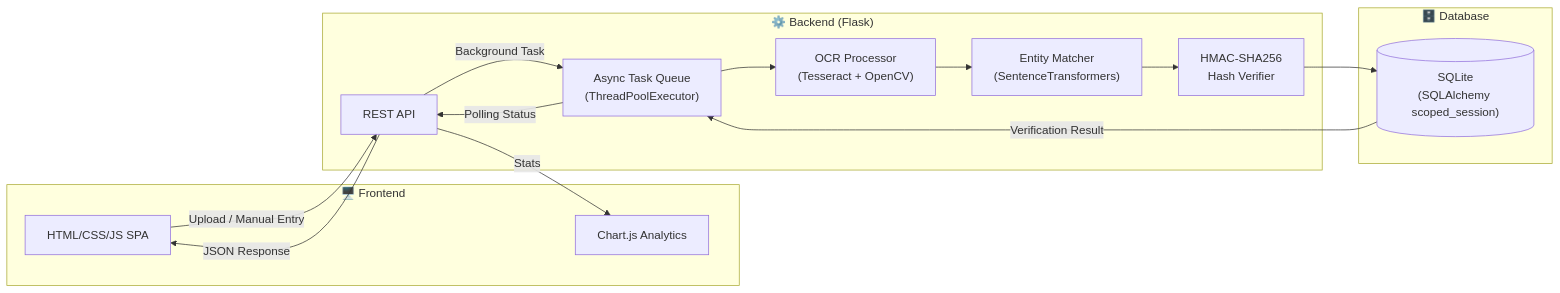
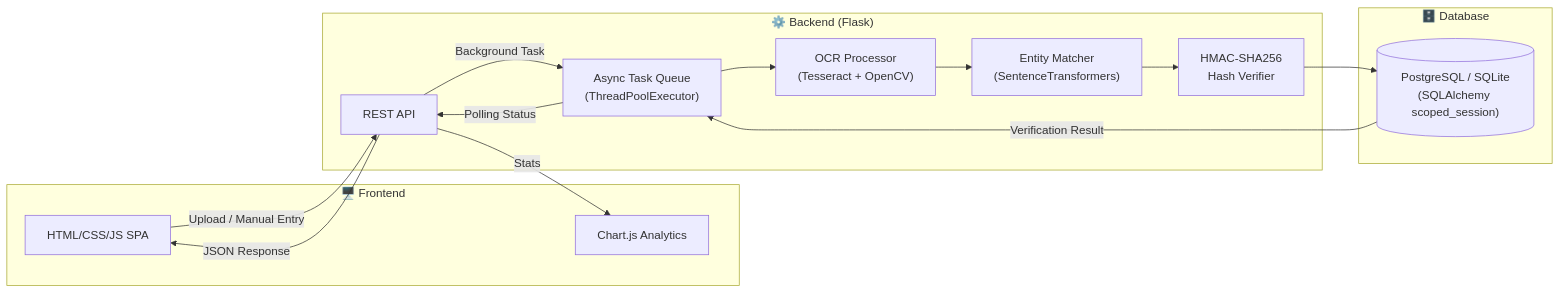
One commit to pranavhm25/sih-2025-Veri-Scholars changed the diagram in README.md. Above: the diagram before and after it, drawn with Mermaid. The commit also changed other lines of this file, not shown here.

Commit message:
Docs: Update README to highlight PostgreSQL production-readiness and the new dynamic CSV Bulk Upload API

````diff
--- a/README.md
+++ b/README.md
@@ -61,30 +61,30 @@
 ```mermaid
 flowchart LR
     subgraph Client["🖥️ Frontend"]
         UI["HTML/CSS/JS SPA"]
         Charts["Chart.js Analytics"]
     end
 
     subgraph Server["⚙️ Backend (Flask)"]
         API["REST API"]
         Queue["Async Task Queue\n(ThreadPoolExecutor)"]
         OCR["OCR Processor\n(Tesseract + OpenCV)"]
         NLP["Entity Matcher\n(SentenceTransformers)"]
         Hash["HMAC-SHA256\nHash Verifier"]
     end
 
     subgraph Data["🗄️ Database"]
-        DB[("SQLite\n(SQLAlchemy scoped_session)")]
+        DB[("PostgreSQL / SQLite\n(SQLAlchemy scoped_session)")]
     end
 
     UI -- "Upload / Manual Entry" --> API
     API -- "Background Task" --> Queue
     Queue --> OCR
     OCR --> NLP
     NLP --> Hash
     Hash --> DB
     DB -- "Verification Result" --> Queue
     Queue -- "Polling Status" --> API
     API -- "JSON Response" --> UI
     API -- "Stats" --> Charts
 ```
````
